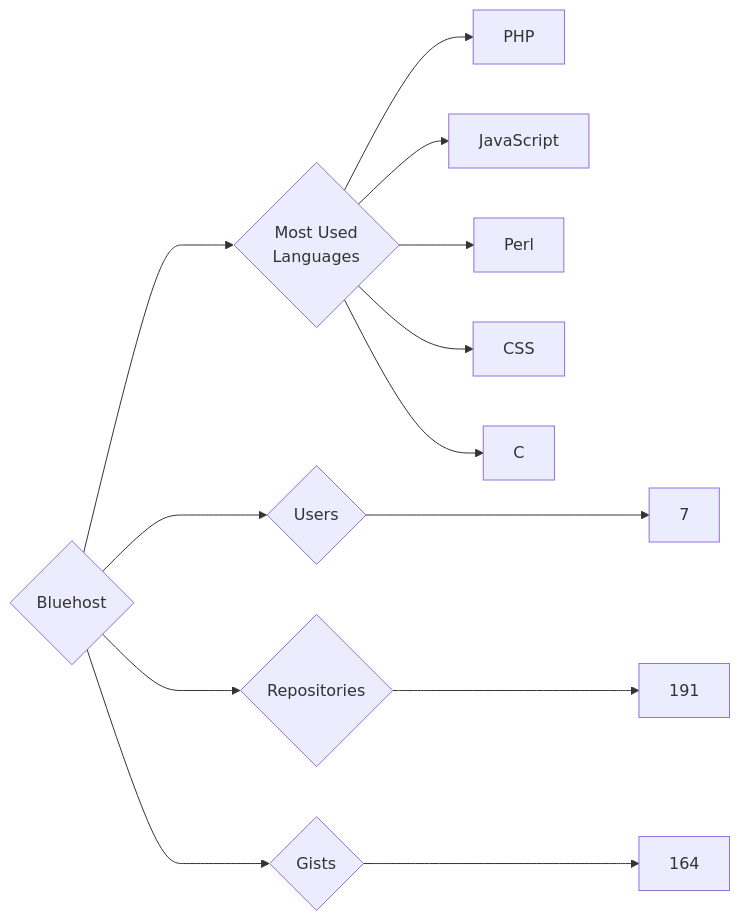
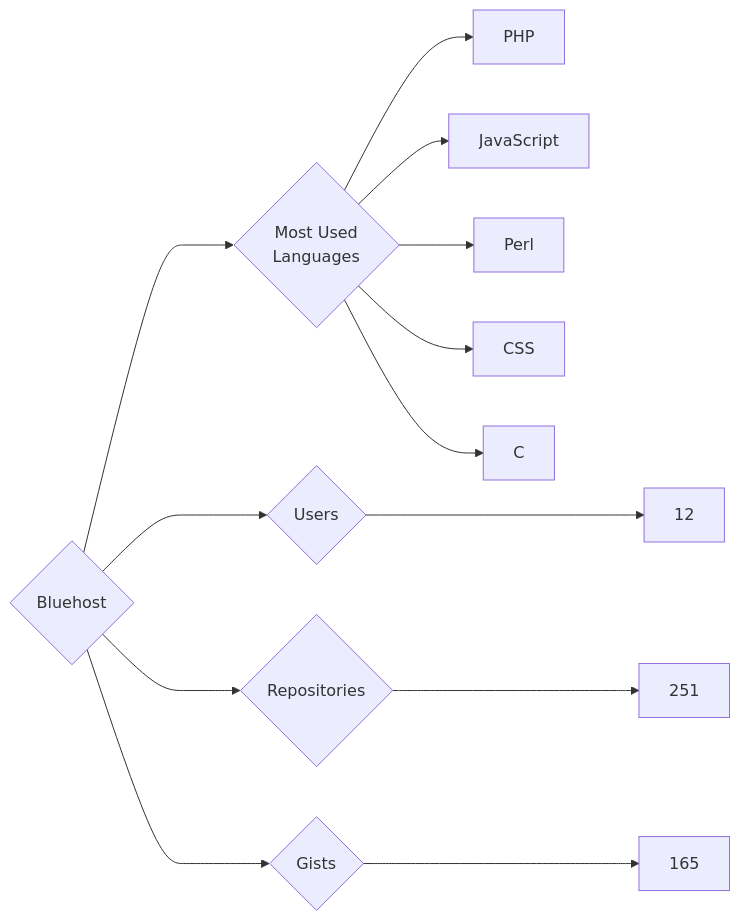
One commit to trickest/insiders changed the diagram in targets/Bluehost/README.md. Above: the diagram before and after it, drawn with Mermaid. The commit also changed 930 other files, not shown here.

````diff
--- a/targets/Bluehost/README.md
+++ b/targets/Bluehost/README.md
@@ -3,13 +3,13 @@
 ```mermaid
 graph LR
 COMPANY_NAME{Bluehost}
-COMPANY_NAME ---> U{Users} ---> UN[7]
-COMPANY_NAME ---> R{Repositories} ---> RN[191]
-COMPANY_NAME ---> G{Gists} ---> GN[164]
+COMPANY_NAME ---> U{Users} ---> UN[12]
+COMPANY_NAME ---> R{Repositories} ---> RN[251]
+COMPANY_NAME ---> G{Gists} ---> GN[165]
 COMPANY_NAME ---> ML{Most Used<br>Languages}
 ML --> PHP[PHP]
 ML --> JavaScript[JavaScript]
 ML --> Perl[Perl]
 ML --> CSS[CSS]
 ML --> C[C]
 ```
````
